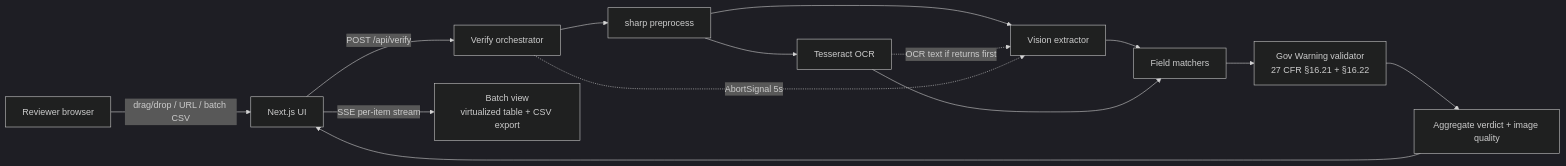
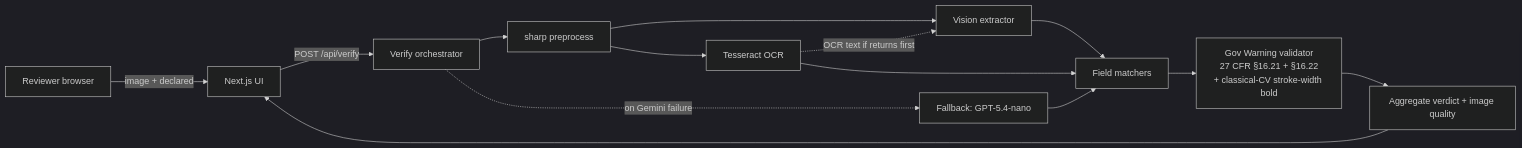
The diagram in README.md (XanderXML-Bit/label-verify), drawn with Mermaid (dark theme) before and after one commit. The commit also changed other lines of this file and 7 other files, not shown here.

````diff
--- a/README.md
+++ b/README.md
@@ -34,16 +81,16 @@
 ```mermaid
 flowchart LR
-  U[Reviewer browser] -- drag/drop / URL / batch CSV --> UI[Next.js UI]
+  U[Reviewer browser] -- image + declared --> UI[Next.js UI]
   UI -- POST /api/verify --> V[Verify orchestrator]
   V --> P[sharp preprocess]
   P --> O[Tesseract OCR]
   P --> X[Vision extractor]
   O -. OCR text if returns first .-> X
   X --> M[Field matchers]
   O --> M
-  M --> G[Gov Warning validator<br/>27 CFR §16.21 + §16.22]
+  M --> G[Gov Warning validator<br/>27 CFR §16.21 + §16.22<br/>+ classical-CV stroke-width bold]
   G --> A[Aggregate verdict + image quality]
   A --> UI
-  UI -- SSE per-item stream --> B[Batch view<br/>virtualized table + CSV export]
-  V -. AbortSignal 5s .-> X
+  V -. on Gemini failure .-> F[Fallback: GPT-5.4-nano]
+  F --> M
 ```
````
